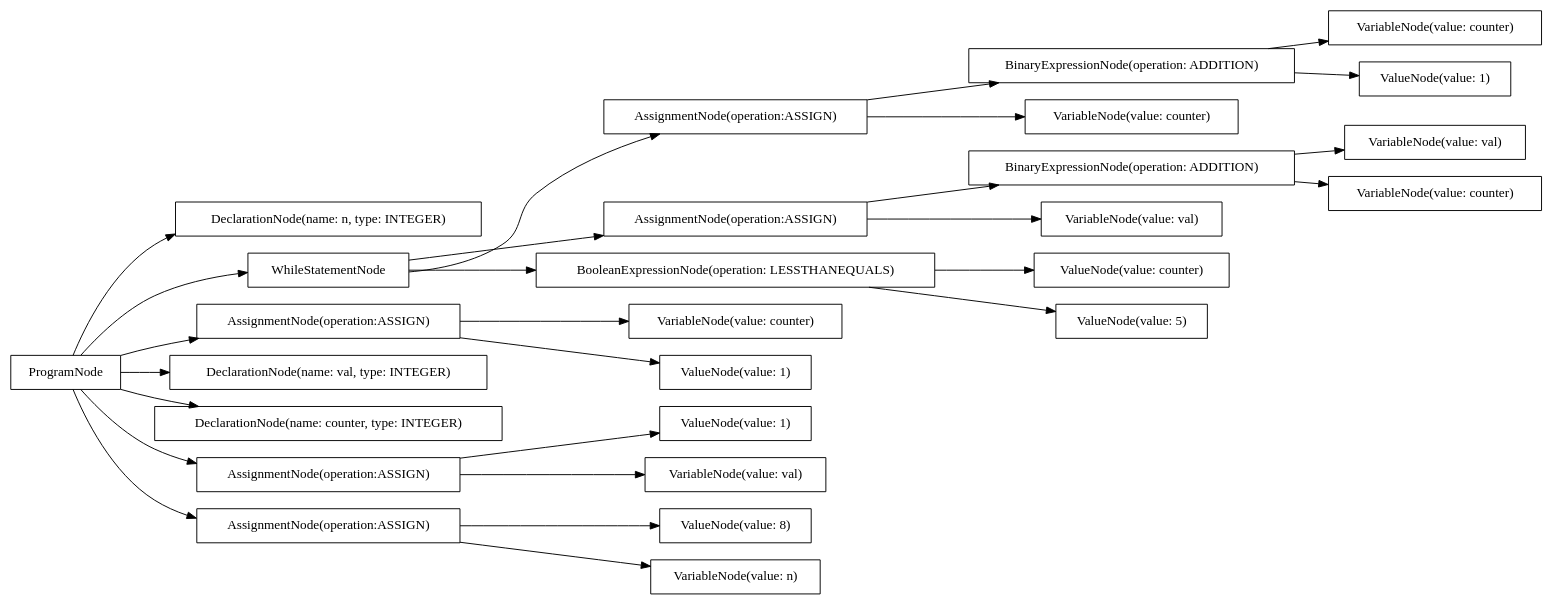
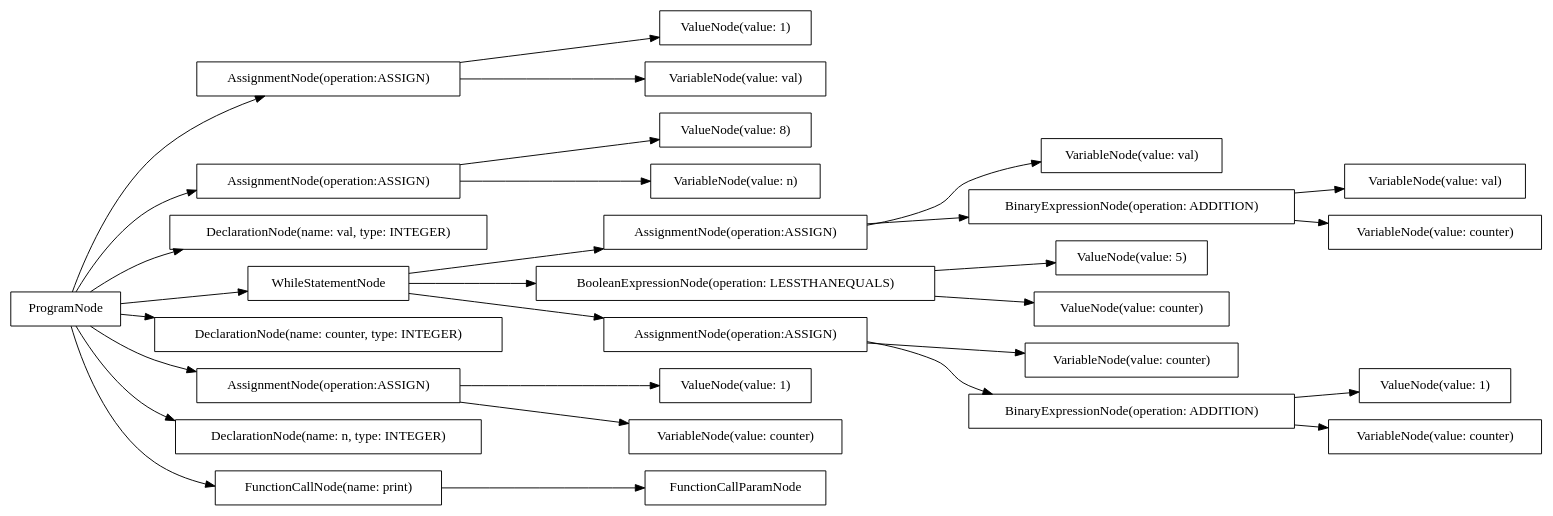
Before and after one commit to AtLeastITry/ANTLR-Python-Compiler: the diagram in src/output/dot/factorial.dot, drawn with Graphviz. The commit also changed 8 other files, not shown here.

```diff
--- a/src/output/dot/factorial.dot
+++ b/src/output/dot/factorial.dot
@@ -1,56 +1,60 @@
 digraph G {
 rankdir=LR
-"e295169e-8f21-4cae-9c8f-1da25db67e9c" [label="ProgramNode" shape="box"];
-"7196cefe-f768-4a7e-aade-58d1320dff7f" [label="ValueNode(value: counter)" shape="box"];
-"c1ceed44-54b7-40e4-b26e-4e6dcb265070" [label="ValueNode(value: 1)" shape="box"];
-"d106d443-c94f-4ca9-b2fd-115cf1289b64" [label="AssignmentNode(operation:ASSIGN)" shape="box"];
-"a5a79a7a-2073-4c64-926c-c6011f41baf6" [label="VariableNode(value: counter)" shape="box"];
-"f0a1bcbc-40a8-4a6e-8bc9-b437f552aee5" [label="VariableNode(value: val)" shape="box"];
-"989cbe37-e942-4a25-b0c9-36cd0b634f78" [label="DeclarationNode(name: n, type: INTEGER)" shape="box"];
-"5124aed2-47fe-484e-92ad-b717d41bdef0" [label="BinaryExpressionNode(operation: ADDITION)" shape="box"];
-"9817173e-f087-487b-bd83-3e005961956b" [label="ValueNode(value: 8)" shape="box"];
-"fe9f4b9d-259a-4439-a4f9-ffa3d5ab214c" [label="WhileStatementNode" shape="box"];
-"8d33e27c-7493-4922-99e1-aeff51ca44f6" [label="BinaryExpressionNode(operation: ADDITION)" shape="box"];
-"889a0d46-9c0a-45d0-b188-9792a9074d86" [label="VariableNode(value: counter)" shape="box"];
-"2d5a8bf6-3d74-4bea-9595-7e83a726859c" [label="ValueNode(value: 5)" shape="box"];
-"22354970-c9e3-4f28-b09d-32d2fd0edbd0" [label="AssignmentNode(operation:ASSIGN)" shape="box"];
-"57ba57c9-7331-4360-b88d-307bf16b3e98" [label="AssignmentNode(operation:ASSIGN)" shape="box"];
-"16e20852-6f52-4c86-a83d-bec43d1f49a5" [label="VariableNode(value: counter)" shape="box"];
-"c2a43c99-36a6-4b96-811f-8b51716e3b04" [label="BooleanExpressionNode(operation: LESSTHANEQUALS)" shape="box"];
-"156e8229-beb1-455d-9cbe-4ff6528d9304" [label="DeclarationNode(name: val, type: INTEGER)" shape="box"];
-"54f4380f-c163-4b5d-b4b9-49bb458b10a2" [label="VariableNode(value: counter)" shape="box"];
-"23e682a7-a474-417f-98da-88b8619638cb" [label="DeclarationNode(name: counter, type: INTEGER)" shape="box"];
-"daa7910f-b87c-452d-b0cd-30746914bfa3" [label="VariableNode(value: val)" shape="box"];
-"ff06f0b3-112a-4da3-a592-434653bb6029" [label="AssignmentNode(operation:ASSIGN)" shape="box"];
-"d9ac3926-e17b-4808-9a9a-6b2c8bc7acb4" [label="VariableNode(value: n)" shape="box"];
-"45ffa1e9-500e-4a5f-9991-9164e09ab294" [label="VariableNode(value: val)" shape="box"];
-"90373ecb-c37f-4651-9c32-ceda0ca69ae0" [label="ValueNode(value: 1)" shape="box"];
-"632959f0-5861-4d5e-8e4e-f424b0d293e0" [label="AssignmentNode(operation:ASSIGN)" shape="box"];
-"9d339842-6970-4968-b975-d2bfd9ed8b70" [label="ValueNode(value: 1)" shape="box"];
-"e295169e-8f21-4cae-9c8f-1da25db67e9c" -> "989cbe37-e942-4a25-b0c9-36cd0b634f78";
-"e295169e-8f21-4cae-9c8f-1da25db67e9c" -> "156e8229-beb1-455d-9cbe-4ff6528d9304";
-"e295169e-8f21-4cae-9c8f-1da25db67e9c" -> "23e682a7-a474-417f-98da-88b8619638cb";
-"e295169e-8f21-4cae-9c8f-1da25db67e9c" -> "632959f0-5861-4d5e-8e4e-f424b0d293e0";
-"632959f0-5861-4d5e-8e4e-f424b0d293e0" -> "d9ac3926-e17b-4808-9a9a-6b2c8bc7acb4";
-"632959f0-5861-4d5e-8e4e-f424b0d293e0" -> "9817173e-f087-487b-bd83-3e005961956b";
-"e295169e-8f21-4cae-9c8f-1da25db67e9c" -> "ff06f0b3-112a-4da3-a592-434653bb6029";
-"ff06f0b3-112a-4da3-a592-434653bb6029" -> "45ffa1e9-500e-4a5f-9991-9164e09ab294";
-"ff06f0b3-112a-4da3-a592-434653bb6029" -> "c1ceed44-54b7-40e4-b26e-4e6dcb265070";
-"e295169e-8f21-4cae-9c8f-1da25db67e9c" -> "22354970-c9e3-4f28-b09d-32d2fd0edbd0";
-"22354970-c9e3-4f28-b09d-32d2fd0edbd0" -> "54f4380f-c163-4b5d-b4b9-49bb458b10a2";
-"22354970-c9e3-4f28-b09d-32d2fd0edbd0" -> "9d339842-6970-4968-b975-d2bfd9ed8b70";
-"e295169e-8f21-4cae-9c8f-1da25db67e9c" -> "fe9f4b9d-259a-4439-a4f9-ffa3d5ab214c";
-"fe9f4b9d-259a-4439-a4f9-ffa3d5ab214c" -> "c2a43c99-36a6-4b96-811f-8b51716e3b04";
-"c2a43c99-36a6-4b96-811f-8b51716e3b04" -> "7196cefe-f768-4a7e-aade-58d1320dff7f";
-"c2a43c99-36a6-4b96-811f-8b51716e3b04" -> "2d5a8bf6-3d74-4bea-9595-7e83a726859c";
-"fe9f4b9d-259a-4439-a4f9-ffa3d5ab214c" -> "57ba57c9-7331-4360-b88d-307bf16b3e98";
-"57ba57c9-7331-4360-b88d-307bf16b3e98" -> "daa7910f-b87c-452d-b0cd-30746914bfa3";
-"57ba57c9-7331-4360-b88d-307bf16b3e98" -> "5124aed2-47fe-484e-92ad-b717d41bdef0";
-"5124aed2-47fe-484e-92ad-b717d41bdef0" -> "f0a1bcbc-40a8-4a6e-8bc9-b437f552aee5";
-"5124aed2-47fe-484e-92ad-b717d41bdef0" -> "16e20852-6f52-4c86-a83d-bec43d1f49a5";
-"fe9f4b9d-259a-4439-a4f9-ffa3d5ab214c" -> "d106d443-c94f-4ca9-b2fd-115cf1289b64";
-"d106d443-c94f-4ca9-b2fd-115cf1289b64" -> "889a0d46-9c0a-45d0-b188-9792a9074d86";
-"d106d443-c94f-4ca9-b2fd-115cf1289b64" -> "8d33e27c-7493-4922-99e1-aeff51ca44f6";
-"8d33e27c-7493-4922-99e1-aeff51ca44f6" -> "a5a79a7a-2073-4c64-926c-c6011f41baf6";
-"8d33e27c-7493-4922-99e1-aeff51ca44f6" -> "90373ecb-c37f-4651-9c32-ceda0ca69ae0";
+"b7b24ce8-f79b-4a8b-bfaa-8bbf0fb2caad" [label="AssignmentNode(operation:ASSIGN)" shape="box"];
+"6db4b2d1-4a70-415b-b060-a462e0e1d8ed" [label="ValueNode(value: 1)" shape="box"];
+"43c5c0b5-dfeb-4615-a72d-35fefcb1506c" [label="AssignmentNode(operation:ASSIGN)" shape="box"];
+"eae9e841-13c4-4dd1-8b71-0fde42019ed3" [label="ValueNode(value: 1)" shape="box"];
+"e74df841-1208-466d-abe7-190174cebac6" [label="ValueNode(value: 5)" shape="box"];
+"231ef698-5078-4b72-b94f-91daa33c0c2d" [label="FunctionCallParamNode" shape="box"];
+"aad3d78e-6588-42f1-a760-6444ab962cdc" [label="ValueNode(value: 1)" shape="box"];
+"59f7876b-2bfb-4f94-878b-a0d520e3da85" [label="AssignmentNode(operation:ASSIGN)" shape="box"];
+"438b572f-a180-4a5f-b9e3-a898a9e59f29" [label="VariableNode(value: val)" shape="box"];
+"ab48e32b-9177-4508-b02b-da86749e6a63" [label="BooleanExpressionNode(operation: LESSTHANEQUALS)" shape="box"];
+"538a80c2-b8ed-4963-a157-c9950273147a" [label="DeclarationNode(name: val, type: INTEGER)" shape="box"];
+"db167e01-27b6-46a8-9225-5585c92ddf56" [label="VariableNode(value: counter)" shape="box"];
+"9b126b8c-a99e-4039-b090-d3dcf8640f42" [label="WhileStatementNode" shape="box"];
+"352160fa-cfc6-4f3b-af58-876f92d9bf5c" [label="VariableNode(value: val)" shape="box"];
+"c460d34d-e82b-4bd7-8b57-c45448824d0b" [label="DeclarationNode(name: counter, type: INTEGER)" shape="box"];
+"bf69dfc4-2a37-43ed-82bb-c1a48fc2f277" [label="VariableNode(value: counter)" shape="box"];
+"b750693e-af9c-4f28-9e93-f9a6d471fc80" [label="ProgramNode" shape="box"];
+"3f5c3746-8592-48d8-8914-c242271dba39" [label="VariableNode(value: counter)" shape="box"];
+"21383239-2ee0-419e-b625-a7a0e91b2a05" [label="VariableNode(value: counter)" shape="box"];
+"0b8df685-1496-4ba8-8a7e-8ce06964a5aa" [label="ValueNode(value: counter)" shape="box"];
+"10f69288-7772-4eea-8597-d68063422a14" [label="ValueNode(value: 8)" shape="box"];
+"18684400-5d59-4c8c-b10c-c0036e116a8f" [label="AssignmentNode(operation:ASSIGN)" shape="box"];
+"2b59724d-a878-4e72-8486-833334c09207" [label="VariableNode(value: val)" shape="box"];
+"49002638-999f-49d4-9283-0ec3eb637efd" [label="DeclarationNode(name: n, type: INTEGER)" shape="box"];
+"1db4c782-d18c-4378-a9fb-39f2971adcbe" [label="VariableNode(value: n)" shape="box"];
+"0e167673-73ff-4610-9541-a29f1f1bcb60" [label="BinaryExpressionNode(operation: ADDITION)" shape="box"];
+"35b879ba-2018-4639-adfc-490681ec26c5" [label="BinaryExpressionNode(operation: ADDITION)" shape="box"];
+"0dd8f62f-7460-4e74-9b80-f008364cca52" [label="AssignmentNode(operation:ASSIGN)" shape="box"];
+"317003d5-0e09-4909-a23f-af6c7ae4c2ef" [label="FunctionCallNode(name: print)" shape="box"];
+"b750693e-af9c-4f28-9e93-f9a6d471fc80" -> "49002638-999f-49d4-9283-0ec3eb637efd";
+"b750693e-af9c-4f28-9e93-f9a6d471fc80" -> "538a80c2-b8ed-4963-a157-c9950273147a";
+"b750693e-af9c-4f28-9e93-f9a6d471fc80" -> "c460d34d-e82b-4bd7-8b57-c45448824d0b";
+"b750693e-af9c-4f28-9e93-f9a6d471fc80" -> "59f7876b-2bfb-4f94-878b-a0d520e3da85";
+"59f7876b-2bfb-4f94-878b-a0d520e3da85" -> "1db4c782-d18c-4378-a9fb-39f2971adcbe";
+"59f7876b-2bfb-4f94-878b-a0d520e3da85" -> "10f69288-7772-4eea-8597-d68063422a14";
+"b750693e-af9c-4f28-9e93-f9a6d471fc80" -> "b7b24ce8-f79b-4a8b-bfaa-8bbf0fb2caad";
+"b7b24ce8-f79b-4a8b-bfaa-8bbf0fb2caad" -> "438b572f-a180-4a5f-b9e3-a898a9e59f29";
+"b7b24ce8-f79b-4a8b-bfaa-8bbf0fb2caad" -> "6db4b2d1-4a70-415b-b060-a462e0e1d8ed";
+"b750693e-af9c-4f28-9e93-f9a6d471fc80" -> "18684400-5d59-4c8c-b10c-c0036e116a8f";
+"18684400-5d59-4c8c-b10c-c0036e116a8f" -> "bf69dfc4-2a37-43ed-82bb-c1a48fc2f277";
+"18684400-5d59-4c8c-b10c-c0036e116a8f" -> "aad3d78e-6588-42f1-a760-6444ab962cdc";
+"b750693e-af9c-4f28-9e93-f9a6d471fc80" -> "317003d5-0e09-4909-a23f-af6c7ae4c2ef";
+"317003d5-0e09-4909-a23f-af6c7ae4c2ef" -> "231ef698-5078-4b72-b94f-91daa33c0c2d";
+"b750693e-af9c-4f28-9e93-f9a6d471fc80" -> "9b126b8c-a99e-4039-b090-d3dcf8640f42";
+"9b126b8c-a99e-4039-b090-d3dcf8640f42" -> "ab48e32b-9177-4508-b02b-da86749e6a63";
+"ab48e32b-9177-4508-b02b-da86749e6a63" -> "0b8df685-1496-4ba8-8a7e-8ce06964a5aa";
+"ab48e32b-9177-4508-b02b-da86749e6a63" -> "e74df841-1208-466d-abe7-190174cebac6";
+"9b126b8c-a99e-4039-b090-d3dcf8640f42" -> "43c5c0b5-dfeb-4615-a72d-35fefcb1506c";
+"43c5c0b5-dfeb-4615-a72d-35fefcb1506c" -> "2b59724d-a878-4e72-8486-833334c09207";
+"43c5c0b5-dfeb-4615-a72d-35fefcb1506c" -> "0e167673-73ff-4610-9541-a29f1f1bcb60";
+"0e167673-73ff-4610-9541-a29f1f1bcb60" -> "352160fa-cfc6-4f3b-af58-876f92d9bf5c";
+"0e167673-73ff-4610-9541-a29f1f1bcb60" -> "21383239-2ee0-419e-b625-a7a0e91b2a05";
+"9b126b8c-a99e-4039-b090-d3dcf8640f42" -> "0dd8f62f-7460-4e74-9b80-f008364cca52";
+"0dd8f62f-7460-4e74-9b80-f008364cca52" -> "db167e01-27b6-46a8-9225-5585c92ddf56";
+"0dd8f62f-7460-4e74-9b80-f008364cca52" -> "35b879ba-2018-4639-adfc-490681ec26c5";
+"35b879ba-2018-4639-adfc-490681ec26c5" -> "3f5c3746-8592-48d8-8914-c242271dba39";
+"35b879ba-2018-4639-adfc-490681ec26c5" -> "eae9e841-13c4-4dd1-8b71-0fde42019ed3";
 }
```
